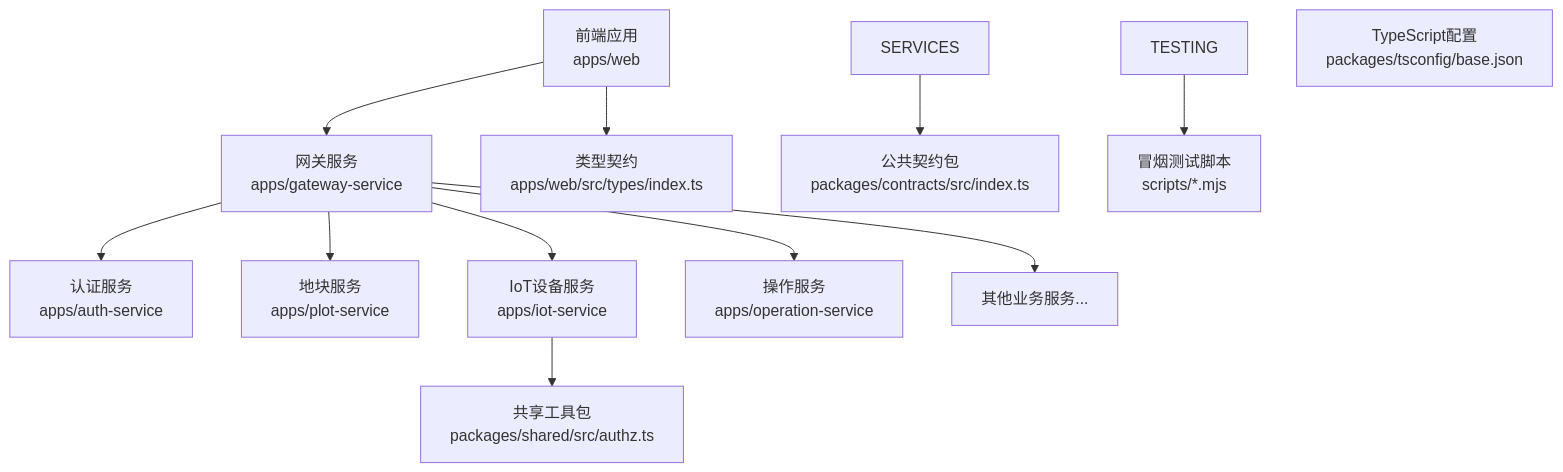
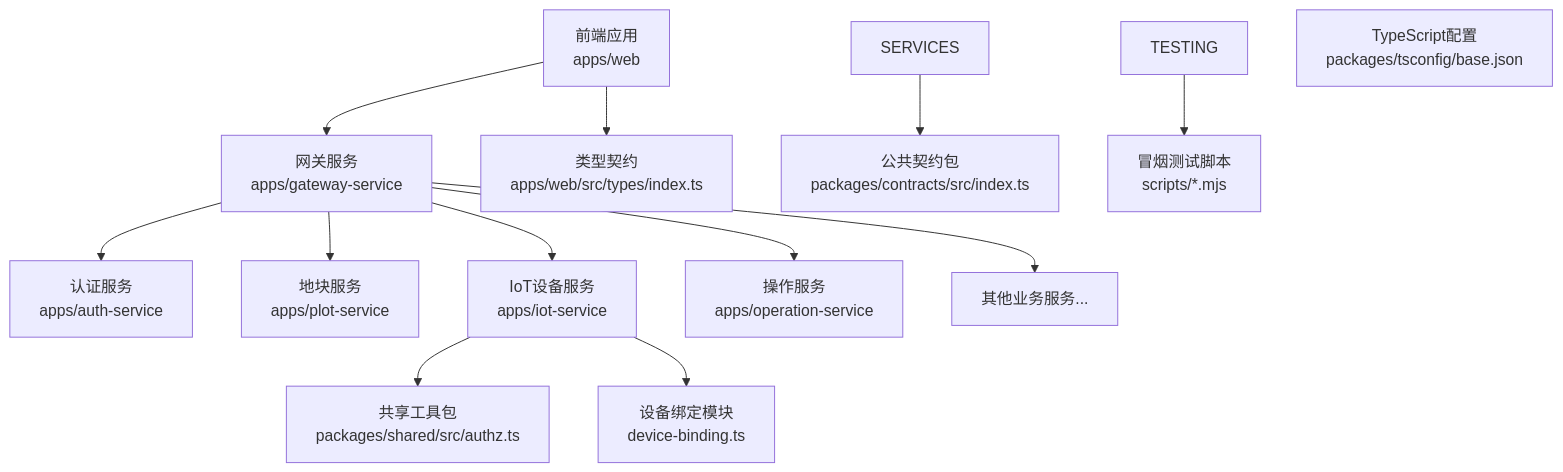
Before and after one commit to q446328246/agri-platform: the first of 19 diagrams in .qoder/repowiki/zh/content/前端应用文档/API集成.md, drawn with Mermaid. The commit also changed other lines of this file and 25 other files, not shown here.

````diff
--- a/.qoder/repowiki/zh/content/前端应用文档/API集成.md
+++ b/.qoder/repowiki/zh/content/前端应用文档/API集成.md
@@ -79,14 +80,15 @@
 ```mermaid
 graph TB
 FE["前端应用<br/>apps/web"] --> GW["网关服务<br/>apps/gateway-service"]
 GW --> AUTH["认证服务<br/>apps/auth-service"]
 GW --> PLOT["地块服务<br/>apps/plot-service"]
 GW --> IOT["IoT设备服务<br/>apps/iot-service"]
 GW --> OPERATION["操作服务<br/>apps/operation-service"]
 GW --> OTHER["其他业务服务..."]
 FE --> TYPES["类型契约<br/>apps/web/src/types/index.ts"]
 SERVICES --> CONTRACTS["公共契约包<br/>packages/contracts/src/index.ts"]
 IOT --> SHARED["共享工具包<br/>packages/shared/src/authz.ts"]
 TESTING --> SMOKE["冒烟测试脚本<br/>scripts/*.mjs"]
 TS_CONFIG["TypeScript配置<br/>packages/tsconfig/base.json"]
+IOT --> BINDING["设备绑定模块<br/>device-binding.ts"]
 ```
````
